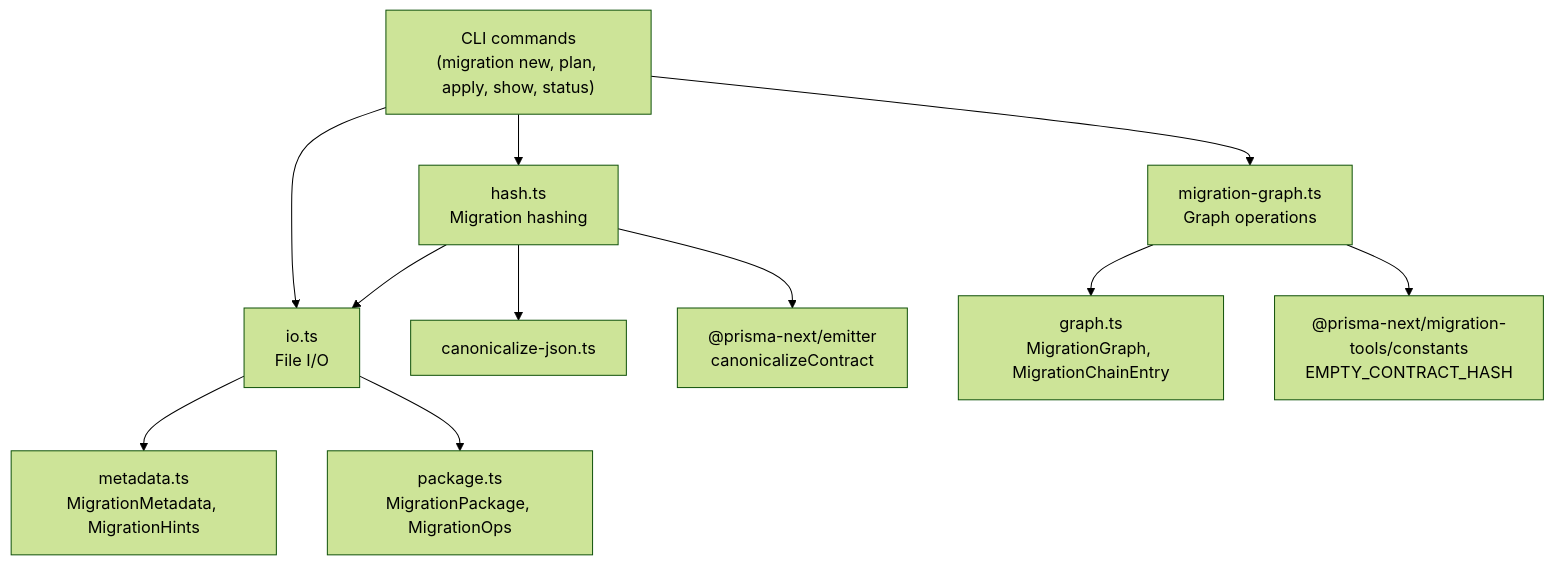
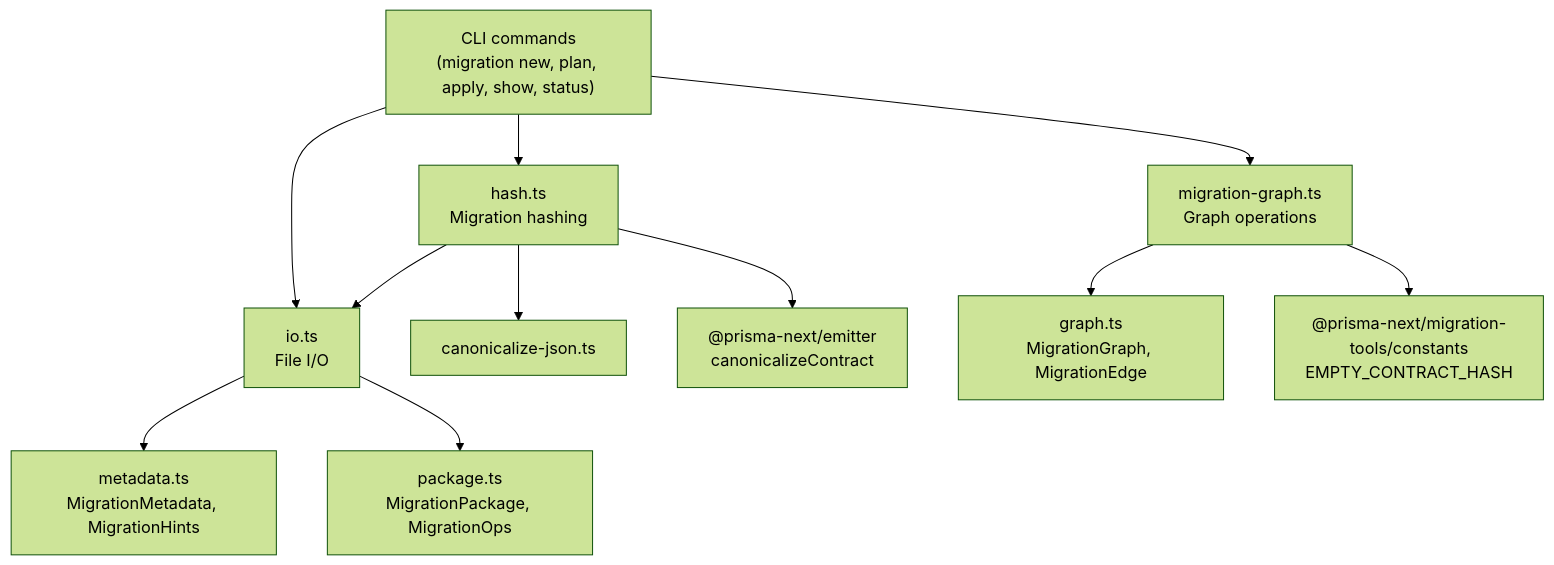
One commit to prisma/prisma-next changed the diagram in packages/1-framework/3-tooling/migration/README.md. Above: the diagram before and after it, drawn with Mermaid (forest theme). The commit also changed other lines of this file and 8 other files, not shown here.

First line of the commit message:
refactor(migration-tools): rename MigrationChainEntry → MigrationEdge

````diff
--- a/packages/1-framework/3-tooling/migration/README.md
+++ b/packages/1-framework/3-tooling/migration/README.md
@@ -45,13 +45,13 @@
 ```mermaid
 graph TD
     CLI["CLI commands<br/>(migration new, plan, apply, show, status)"] --> IO["io.ts<br/>File I/O"]
     CLI --> HASH["hash.ts<br/>Migration hashing"]
     CLI --> GRAPH["migration-graph.ts<br/>Graph operations"]
     IO --> META["metadata.ts<br/>MigrationMetadata, MigrationHints"]
     IO --> PKG["package.ts<br/>MigrationPackage, MigrationOps"]
     HASH --> IO
     HASH --> CAN["canonicalize-json.ts"]
     HASH --> CP["@prisma-next/emitter<br/>canonicalizeContract"]
-    GRAPH --> GR["graph.ts<br/>MigrationGraph, MigrationChainEntry"]
+    GRAPH --> GR["graph.ts<br/>MigrationGraph, MigrationEdge"]
     GRAPH --> ABS["@prisma-next/migration-tools/constants<br/>EMPTY_CONTRACT_HASH"]
 ```
````
